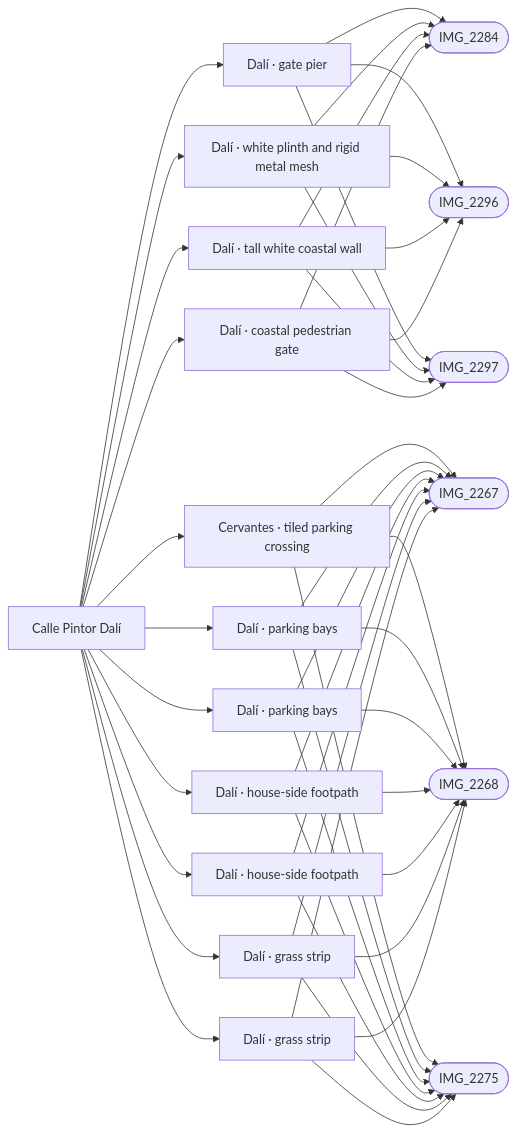
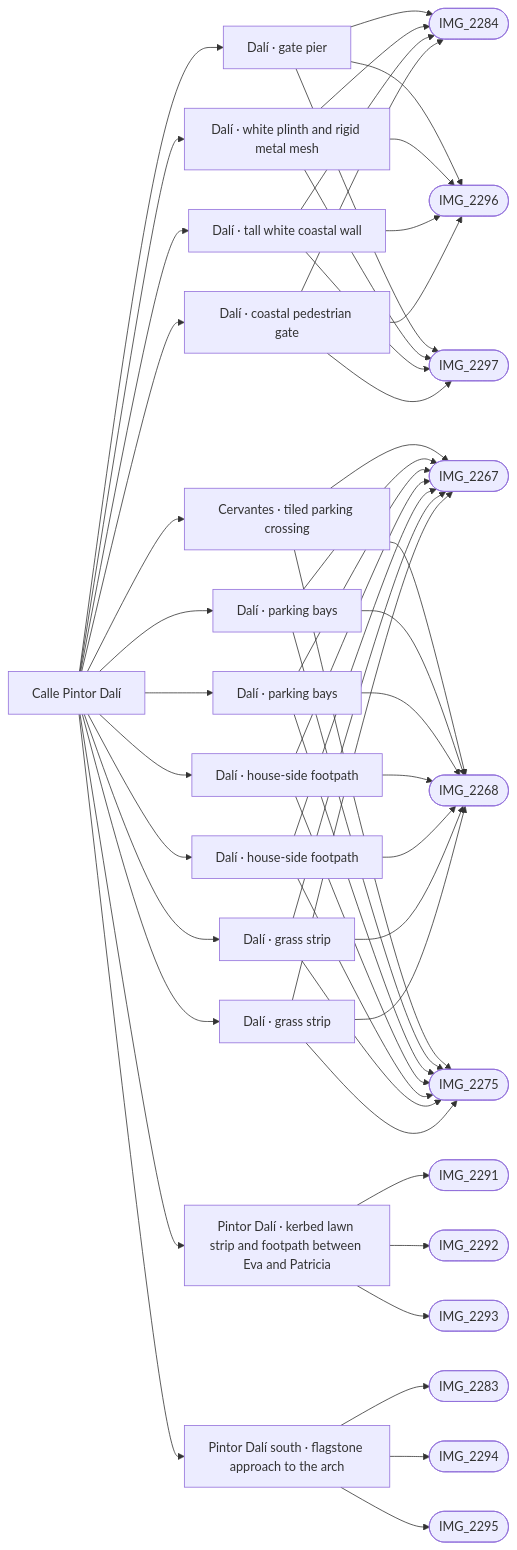
One commit to daveyboyc/villacana-venture changed the diagram in refs/areas/dali.md. Above: the diagram before and after it, drawn with Mermaid. The commit also changed other lines of this file and 34 other files, not shown here.

First line of the commit message:
Door sills, Dalí footpath kerb and south Dalí arch approach (#57)

````diff
--- a/refs/areas/dali.md
+++ b/refs/areas/dali.md
@@ -36,48 +37,56 @@
 ```mermaid
 graph LR
   A["Calle Pintor Dalí"]
   A --> F0["Dalí · gate pier"]
   F0 --> PIMG_2284_jpg(["IMG_2284"])
   F0 --> PIMG_2296_jpg(["IMG_2296"])
   F0 --> PIMG_2297_jpg(["IMG_2297"])
   A --> F1["Dalí · white plinth and rigid metal mesh"]
   F1 --> PIMG_2284_jpg(["IMG_2284"])
   F1 --> PIMG_2296_jpg(["IMG_2296"])
   F1 --> PIMG_2297_jpg(["IMG_2297"])
   A --> F2["Dalí · tall white coastal wall"]
   F2 --> PIMG_2284_jpg(["IMG_2284"])
   F2 --> PIMG_2296_jpg(["IMG_2296"])
   F2 --> PIMG_2297_jpg(["IMG_2297"])
   A --> F3["Cervantes · tiled parking crossing"]
   F3 --> PIMG_2267_jpg(["IMG_2267"])
   F3 --> PIMG_2268_jpg(["IMG_2268"])
   F3 --> PIMG_2275_jpg(["IMG_2275"])
   A --> F4["Dalí · parking bays"]
   F4 --> PIMG_2267_jpg(["IMG_2267"])
   F4 --> PIMG_2268_jpg(["IMG_2268"])
   F4 --> PIMG_2275_jpg(["IMG_2275"])
   A --> F5["Dalí · parking bays"]
   F5 --> PIMG_2267_jpg(["IMG_2267"])
   F5 --> PIMG_2268_jpg(["IMG_2268"])
   F5 --> PIMG_2275_jpg(["IMG_2275"])
   A --> F6["Dalí · house-side footpath"]
   F6 --> PIMG_2267_jpg(["IMG_2267"])
   F6 --> PIMG_2268_jpg(["IMG_2268"])
   F6 --> PIMG_2275_jpg(["IMG_2275"])
   A --> F7["Dalí · house-side footpath"]
   F7 --> PIMG_2267_jpg(["IMG_2267"])
   F7 --> PIMG_2268_jpg(["IMG_2268"])
   F7 --> PIMG_2275_jpg(["IMG_2275"])
   A --> F8["Dalí · grass strip"]
   F8 --> PIMG_2267_jpg(["IMG_2267"])
   F8 --> PIMG_2268_jpg(["IMG_2268"])
   F8 --> PIMG_2275_jpg(["IMG_2275"])
   A --> F9["Dalí · grass strip"]
   F9 --> PIMG_2267_jpg(["IMG_2267"])
   F9 --> PIMG_2268_jpg(["IMG_2268"])
   F9 --> PIMG_2275_jpg(["IMG_2275"])
-  A --> F10["Dalí · coastal pedestrian gate"]
-  F10 --> PIMG_2284_jpg(["IMG_2284"])
-  F10 --> PIMG_2296_jpg(["IMG_2296"])
-  F10 --> PIMG_2297_jpg(["IMG_2297"])
+  A --> F10["Pintor Dalí · kerbed lawn strip and footpath between Eva and Patricia"]
+  F10 --> PIMG_2291_jpg(["IMG_2291"])
+  F10 --> PIMG_2292_jpg(["IMG_2292"])
+  F10 --> PIMG_2293_jpg(["IMG_2293"])
+  A --> F11["Pintor Dalí south · flagstone approach to the arch"]
+  F11 --> PIMG_2283_jpg(["IMG_2283"])
+  F11 --> PIMG_2294_jpg(["IMG_2294"])
+  F11 --> PIMG_2295_jpg(["IMG_2295"])
+  A --> F12["Dalí · coastal pedestrian gate"]
+  F12 --> PIMG_2284_jpg(["IMG_2284"])
+  F12 --> PIMG_2296_jpg(["IMG_2296"])
+  F12 --> PIMG_2297_jpg(["IMG_2297"])
 ```
````
